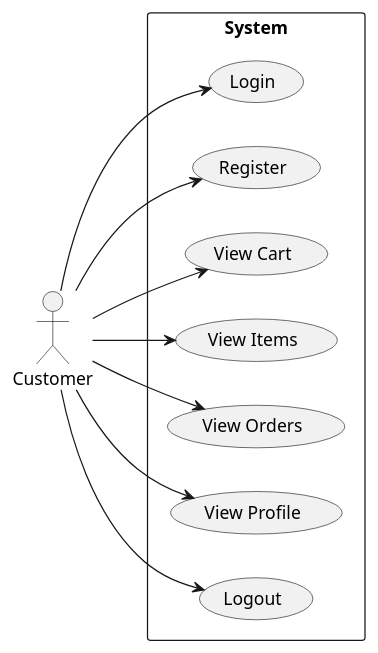
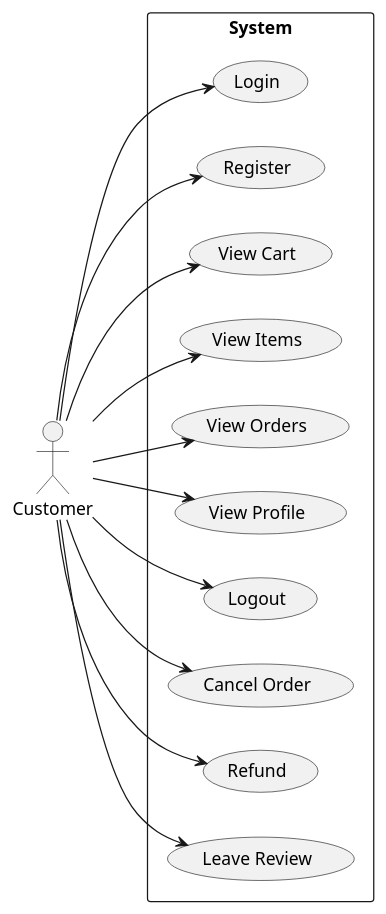
One commit to brookiew/group0_project changed the diagram in docs/diagrams/cases/customer.puml. Above: the diagram before and after it, drawn with PlantUML. The commit also changed 5 other files, not shown here.

```diff
--- a/docs/diagrams/cases/customer.puml
+++ b/docs/diagrams/cases/customer.puml
@@ -1,20 +1,26 @@
 @startuml customer
 left to right direction
 actor Customer
 rectangle "System" as system {
   (Login)
   (Register)
   (View Cart)
   (View Items)
   (View Orders)
   (View Profile)
   (Logout)
+  (Cancel Order)
+  (Refund)
+  (Leave Review)
 }
 Customer --> (Login)
 Customer --> (Register)
 Customer --> (View Cart)
 Customer --> (View Items)
 Customer --> (View Orders)
 Customer --> (View Profile)
 Customer --> (Logout)
+Customer --> (Cancel Order)
+Customer --> (Refund)
+Customer --> (Leave Review)
 @enduml
```
